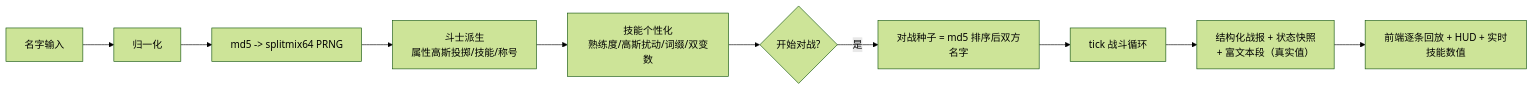
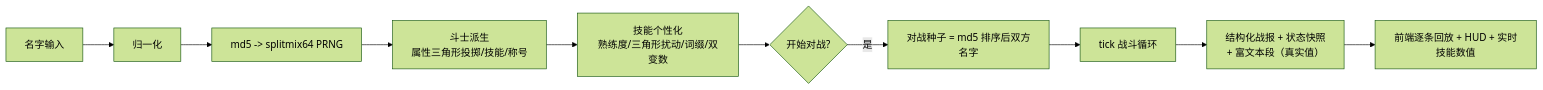
Before and after one commit to icdyso/namefight_pro: the first of 2 diagrams in docs/GAME_SPEC.md, drawn with Mermaid (forest theme). The commit also changed other lines of this file and 12 other files, not shown here.

````diff
--- a/docs/GAME_SPEC.md
+++ b/docs/GAME_SPEC.md
@@ -39,12 +58,12 @@
 ```mermaid
 flowchart LR
     A[名字输入] --> B[归一化]
     B --> C[md5 -> splitmix64 PRNG]
-    C --> D[斗士派生<br/>属性高斯投掷/技能/称号]
-    D --> E[技能个性化<br/>熟练度/高斯扰动/词缀/双变数]
+    C --> D[斗士派生<br/>属性三角形投掷/技能/称号]
+    D --> E[技能个性化<br/>熟练度/三角形扰动/词缀/双变数]
     E --> F{开始对战?}
     F -->|是| G[对战种子 = md5 排序后双方名字]
     G --> H[tick 战斗循环]
     H --> I[结构化战报 + 状态快照<br/>+ 富文本段（真实值）]
     I --> J[前端逐条回放 + HUD + 实时技能数值]
 ```
````
